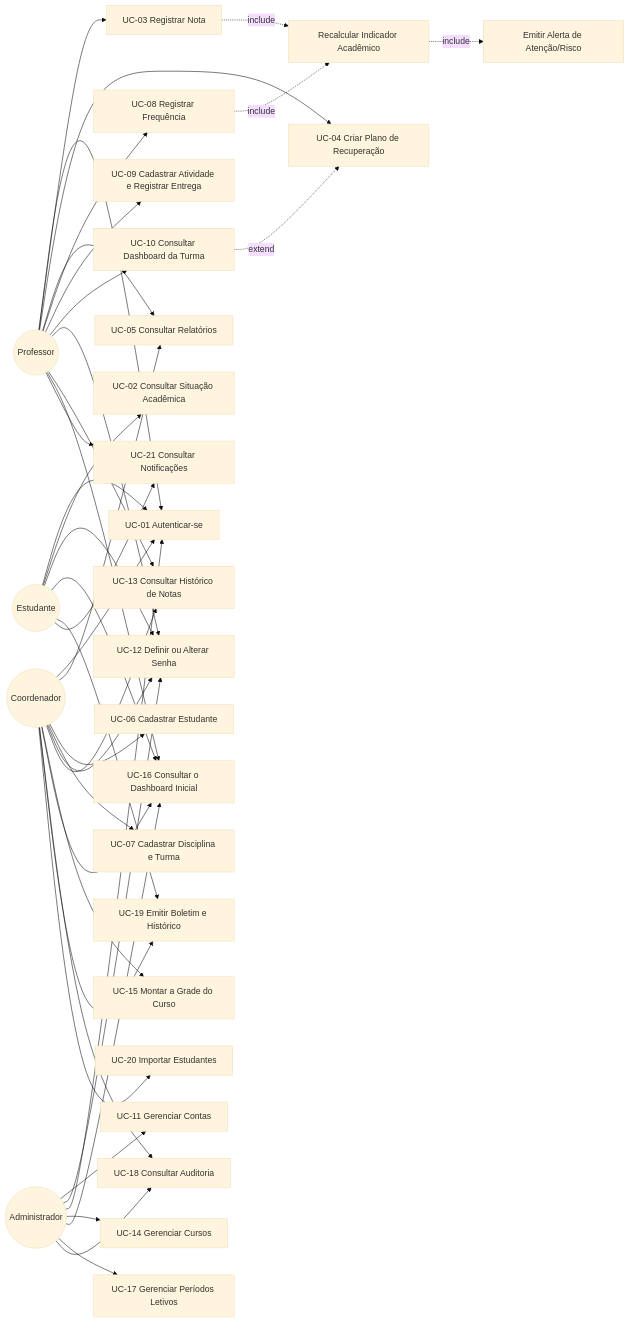
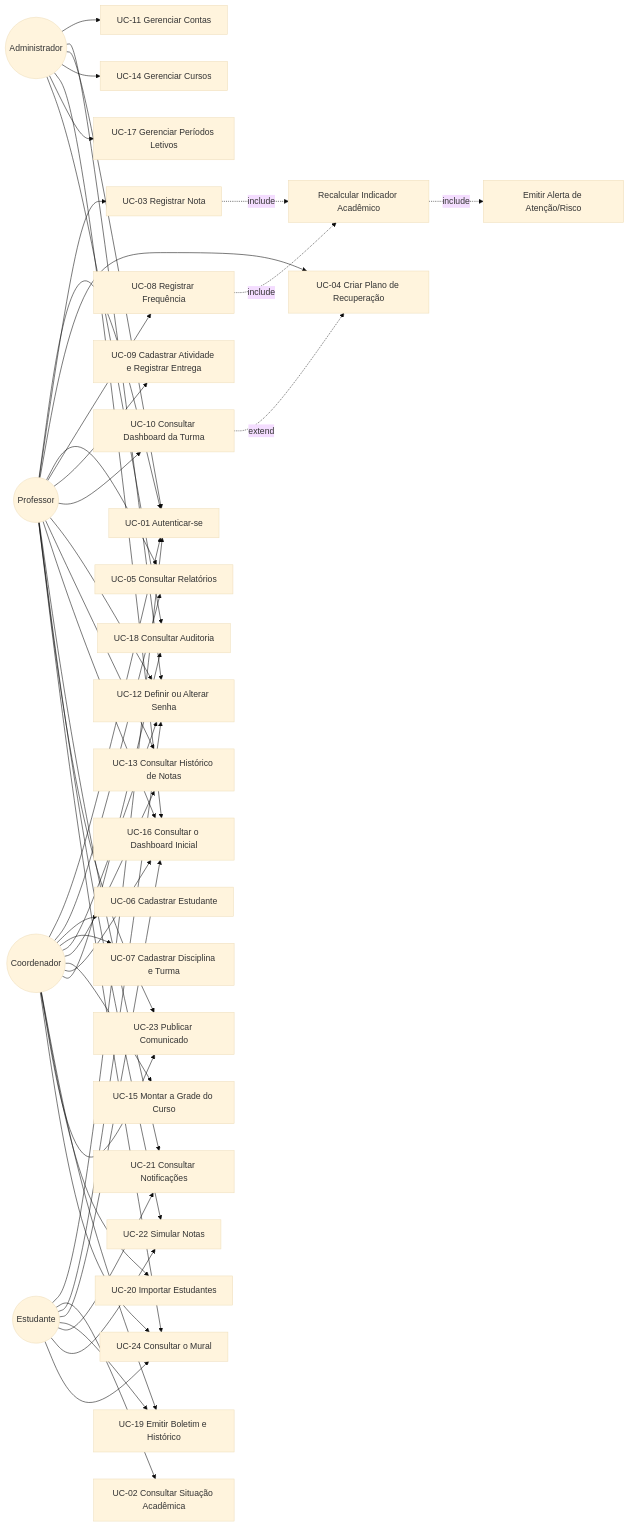
Before and after one commit to Arthurcl07/Study_Track_Project: the diagram in docs/casos-de-uso/casos-de-uso.md, drawn with Mermaid (base theme). The commit also changed 11 other files, not shown here.

Commit message:
docs: SPEC-023 a SPEC-025 (simulador de notas, comparativo entre semestres, mural de comunicados), RF-32 a RF-34, RB-25 e RB-26, OPEN-045 a OPEN-047 e protótipo

````diff
--- a/docs/casos-de-uso/casos-de-uso.md
+++ b/docs/casos-de-uso/casos-de-uso.md
@@ -5,48 +5,55 @@
 ```mermaid
 flowchart LR
     Estudante((Estudante))
     Professor((Professor))
     Coordenador((Coordenador))
 
     Estudante --> UC1[UC-01 Autenticar-se]
     Professor --> UC1
     Coordenador --> UC1
 
     Estudante --> UC2[UC-02 Consultar Situação Acadêmica]
     Professor --> UC3[UC-03 Registrar Nota]
     Professor --> UC4[UC-04 Criar Plano de Recuperação]
     Professor --> UC5[UC-05 Consultar Relatórios]
     Coordenador --> UC5
     Coordenador --> UC6[UC-06 Cadastrar Estudante]
     Coordenador --> UC7[UC-07 Cadastrar Disciplina e Turma]
     Professor --> UC8[UC-08 Registrar Frequência]
     Professor --> UC9[UC-09 Cadastrar Atividade e Registrar Entrega]
     Professor --> UC10[UC-10 Consultar Dashboard da Turma]
     Administrador((Administrador)) --> UC11[UC-11 Gerenciar Contas]
     Estudante --> UC12[UC-12 Definir ou Alterar Senha]
     Professor --> UC12
     Coordenador --> UC12
     Administrador --> UC12
     Professor --> UC13[UC-13 Consultar Histórico de Notas]
     Coordenador --> UC13
     Administrador --> UC1
     Administrador --> UC14[UC-14 Gerenciar Cursos]
     Coordenador --> UC15[UC-15 Montar a Grade do Curso]
     Estudante --> UC16[UC-16 Consultar o Dashboard Inicial]
     Professor --> UC16
     Coordenador --> UC16
     Administrador --> UC16
     Administrador --> UC17[UC-17 Gerenciar Períodos Letivos]
     Coordenador --> UC18[UC-18 Consultar Auditoria]
     Administrador --> UC18
     Estudante --> UC19[UC-19 Emitir Boletim e Histórico]
     Coordenador --> UC19
     Coordenador --> UC20[UC-20 Importar Estudantes]
     Estudante --> UC21[UC-21 Consultar Notificações]
     Professor --> UC21
+    Estudante --> UC22[UC-22 Simular Notas]
+    Professor --> UC22
+    Professor --> UC23[UC-23 Publicar Comunicado]
+    Coordenador --> UC23
+    Estudante --> UC24[UC-24 Consultar o Mural]
+    Professor --> UC24
+    Coordenador --> UC24
 
     UC3 -.include.-> REC[Recalcular Indicador Acadêmico]
     UC8 -.include.-> REC
     REC -.include.-> ALE[Emitir Alerta de Atenção/Risco]
     UC10 -.extend.-> UC4
 ```
````
